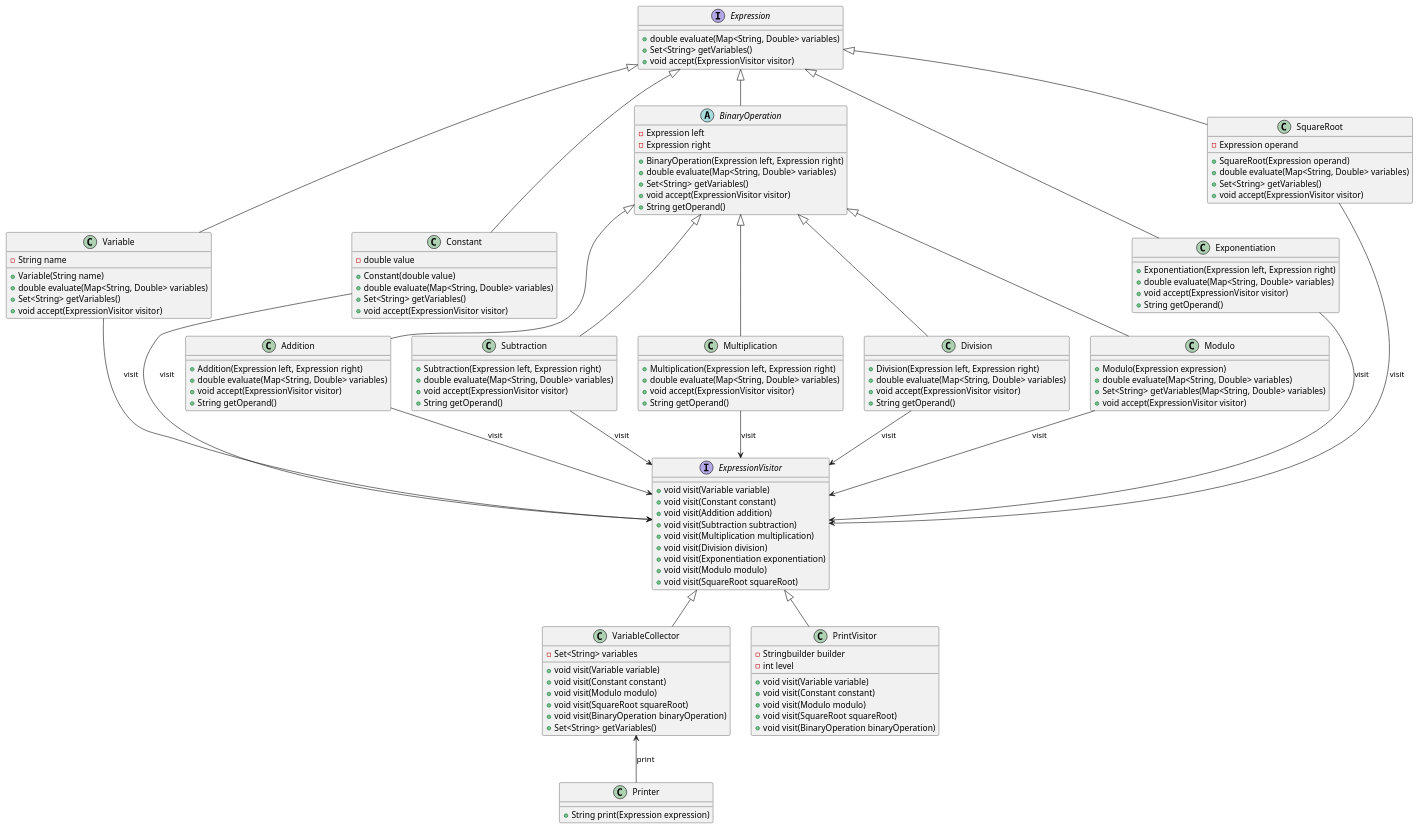
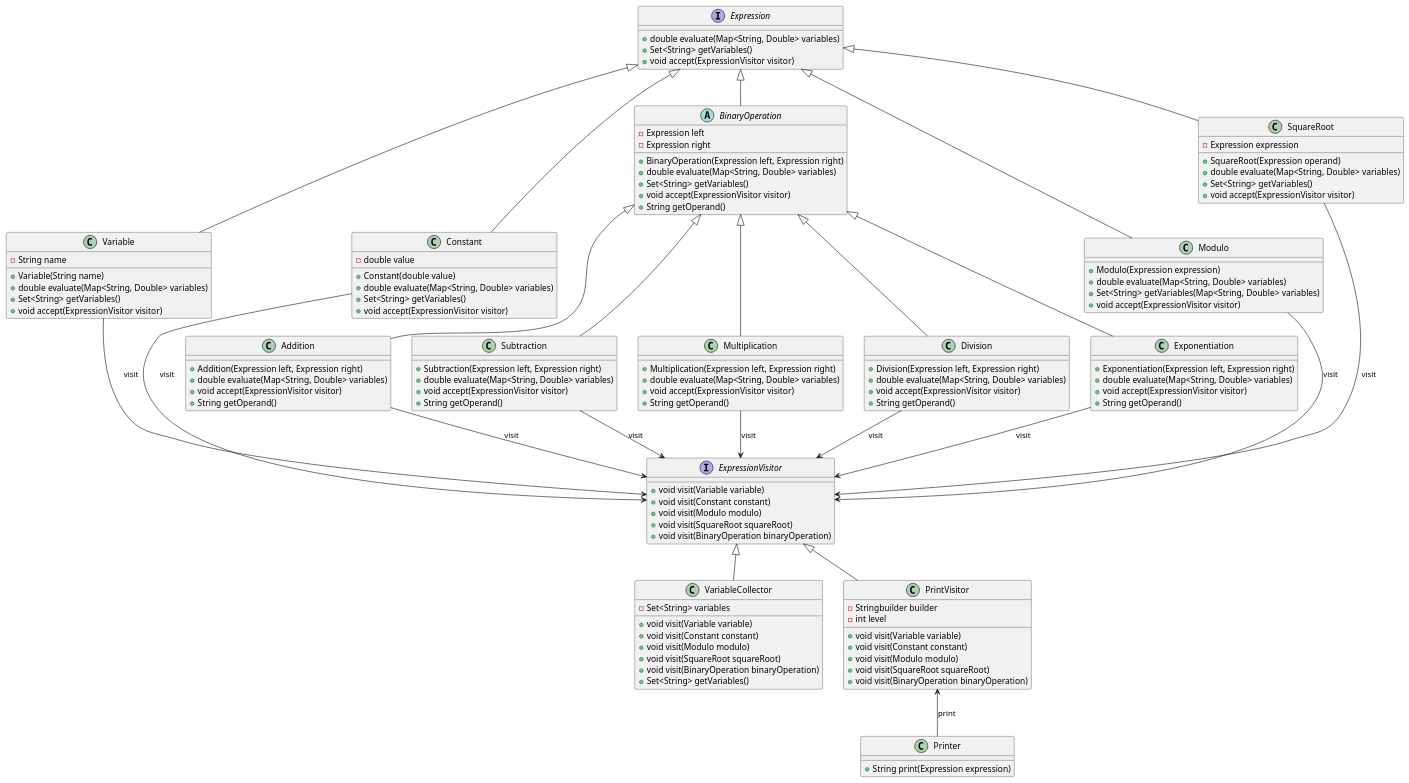
One commit to austral-ingsis-classroom/formula-sonpipe0 changed the diagram in diagrams/InitialDiagram.puml. Above: the diagram before and after it, drawn with PlantUML. The commit also changed 10 other files, not shown here.

```diff
--- a/diagrams/InitialDiagram.puml
+++ b/diagrams/InitialDiagram.puml
@@ -1,145 +1,141 @@
 @startuml
 interface Expression {
     +double evaluate(Map<String, Double> variables)
     +Set<String> getVariables()
     +void accept(ExpressionVisitor visitor)
 }
 
 class Variable {
     -String name
     +Variable(String name)
     +double evaluate(Map<String, Double> variables)
     +Set<String> getVariables()
     +void accept(ExpressionVisitor visitor)
 }
 
 class Constant {
     -double value
     +Constant(double value)
     +double evaluate(Map<String, Double> variables)
     +Set<String> getVariables()
     +void accept(ExpressionVisitor visitor)
 }
 
 abstract class BinaryOperation {
     -Expression left
     -Expression right
     +BinaryOperation(Expression left, Expression right)
     +double evaluate(Map<String, Double> variables)
     +Set<String> getVariables()
     +void accept(ExpressionVisitor visitor)
     +String getOperand()
 }
 
 class Addition {
     +Addition(Expression left, Expression right)
     +double evaluate(Map<String, Double> variables)
     +void accept(ExpressionVisitor visitor)
     +String getOperand()
 }
 
 class Subtraction {
     +Subtraction(Expression left, Expression right)
     +double evaluate(Map<String, Double> variables)
     +void accept(ExpressionVisitor visitor)
     +String getOperand()
 }
 
 class Multiplication {
     +Multiplication(Expression left, Expression right)
     +double evaluate(Map<String, Double> variables)
     +void accept(ExpressionVisitor visitor)
     +String getOperand()
 }
 
 class Division {
     +Division(Expression left, Expression right)
     +double evaluate(Map<String, Double> variables)
     +void accept(ExpressionVisitor visitor)
     +String getOperand()
 }
 
 class Exponentiation {
     +Exponentiation(Expression left, Expression right)
     +double evaluate(Map<String, Double> variables)
     +void accept(ExpressionVisitor visitor)
     +String getOperand()
 }
 
 class Modulo {
     +Modulo(Expression expression)
     +double evaluate(Map<String, Double> variables)
     +Set<String> getVariables(Map<String, Double> variables)
     +void accept(ExpressionVisitor visitor)
 }
 
 class SquareRoot {
-    -Expression operand
+    -Expression expression
     +SquareRoot(Expression operand)
     +double evaluate(Map<String, Double> variables)
     +Set<String> getVariables()
     +void accept(ExpressionVisitor visitor)
 }
 
 interface ExpressionVisitor {
     +void visit(Variable variable)
     +void visit(Constant constant)
-    +void visit(Addition addition)
-    +void visit(Subtraction subtraction)
-    +void visit(Multiplication multiplication)
-    +void visit(Division division)
-    +void visit(Exponentiation exponentiation)
     +void visit(Modulo modulo)
     +void visit(SquareRoot squareRoot)
+    +void visit(BinaryOperation binaryOperation)
 }
 
 class VariableCollector {
     -Set<String> variables
     +void visit(Variable variable)
     +void visit(Constant constant)
     +void visit(Modulo modulo)
     +void visit(SquareRoot squareRoot)
     +void visit(BinaryOperation binaryOperation)
     +Set<String> getVariables()
 }
 
 class PrintVisitor {
     -Stringbuilder builder
     -int level
     +void visit(Variable variable)
     +void visit(Constant constant)
     +void visit(Modulo modulo)
     +void visit(SquareRoot squareRoot)
     +void visit(BinaryOperation binaryOperation)
 }
 
 class Printer {
     +String print(Expression expression)
 }
 
 Expression <|-- Variable
 Expression <|-- Constant
 Expression <|-- BinaryOperation
 BinaryOperation <|-- Addition
 BinaryOperation <|-- Subtraction
 BinaryOperation <|-- Multiplication
 BinaryOperation <|-- Division
-Expression <|-- Exponentiation
-BinaryOperation <|-- Modulo
+BinaryOperation <|-- Exponentiation
+Expression <|-- Modulo
 Expression <|-- SquareRoot
 
 Variable --> ExpressionVisitor : visit
 Constant --> ExpressionVisitor : visit
 Addition --> ExpressionVisitor : visit
 Subtraction --> ExpressionVisitor : visit
 Multiplication --> ExpressionVisitor : visit
 Division --> ExpressionVisitor : visit
 Exponentiation --> ExpressionVisitor : visit
 Modulo --> ExpressionVisitor : visit
 SquareRoot --> ExpressionVisitor : visit
 
 ExpressionVisitor <|-- VariableCollector
 ExpressionVisitor <|-- PrintVisitor
 
-VariableCollector <-- Printer : print
+PrintVisitor <-- Printer : print
 @enduml
```
